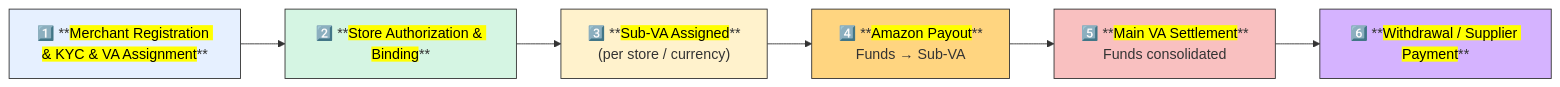
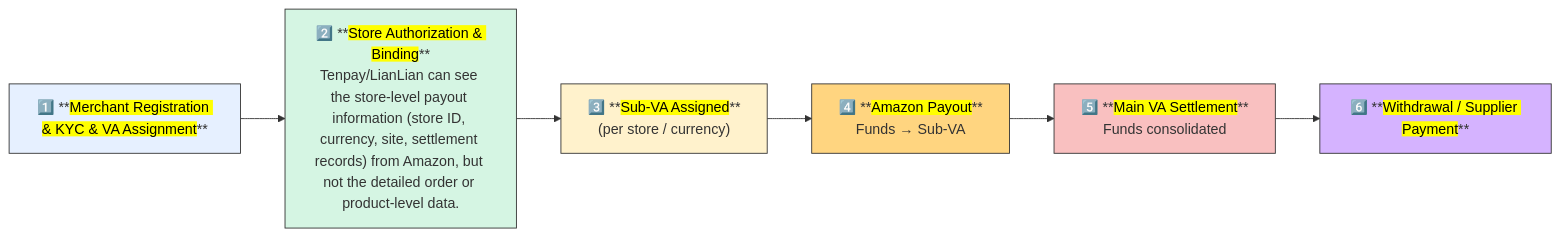
Before and after one commit to blaire101/data-warehouse-solutions: the second of 3 diagrams in DW-Built-Amazon.md, drawn with Mermaid. The commit also changed other lines of this file, not shown here.

````diff
--- a/DW-Built-Amazon.md
+++ b/DW-Built-Amazon.md
@@ -76,18 +76,18 @@
 ```mermaid
 flowchart LR
     A["1️⃣ **<mark>Merchant Registration & KYC & VA Assignment</mark>**"]:::step1
-    B["2️⃣ **<mark>Store Authorization & Binding</mark>**"]:::step2
+    B["2️⃣ **<mark>Store Authorization & Binding</mark>**<br>Tenpay/LianLian can see the store-level payout information (store ID, currency, site, settlement records) from Amazon, but not the detailed order or product-level data."]:::step2
     C["3️⃣ **<mark>Sub-VA Assigned</mark>**<br>(per store / currency)"]:::step3
     D["4️⃣ **<mark>Amazon Payout</mark>**<br>Funds → Sub-VA"]:::step4
     E["5️⃣ **<mark>Main VA Settlement</mark>**<br>Funds consolidated"]:::step5
     F["6️⃣ **<mark>Withdrawal / Supplier Payment</mark>**"]:::step6
 
     A --> B --> C --> D --> E --> F
 
     classDef step1 fill:#e6f0ff,stroke:#333;
     classDef step2 fill:#d5f5e3,stroke:#333;
     classDef step3 fill:#fff2cc,stroke:#333;
     classDef step4 fill:#ffd580,stroke:#333;
     classDef step5 fill:#f9c0c0,stroke:#333;
     classDef step6 fill:#d5b3ff,stroke:#333;
 ```
````
